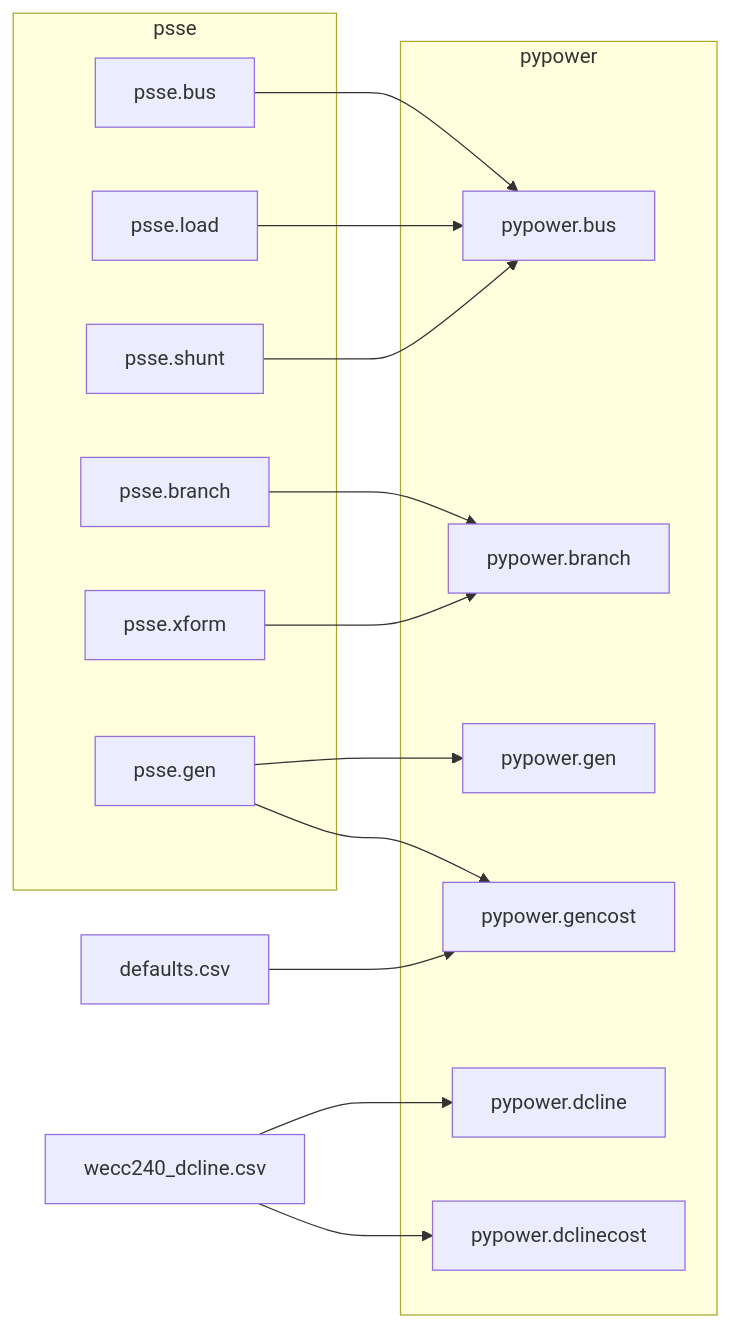
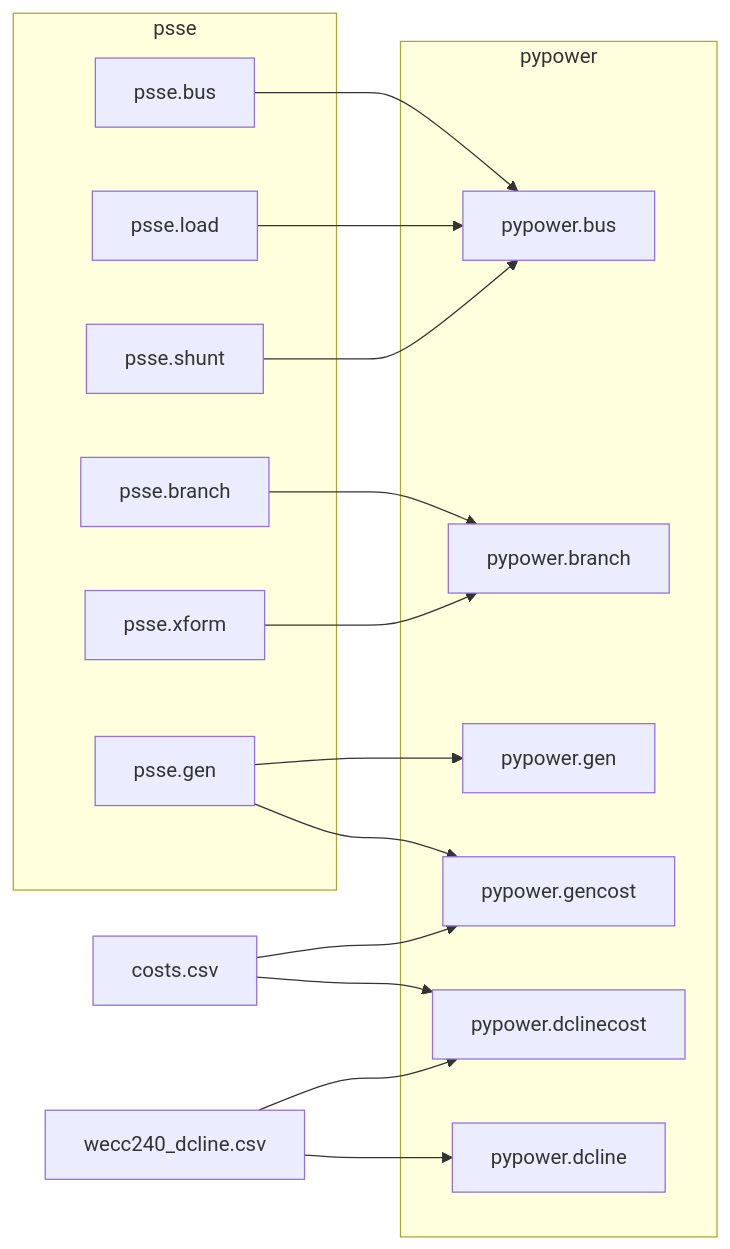
Before and after one commit to slacgismo/regrow: the second of 2 diagrams in pypower/README.md, drawn with Mermaid.

````diff
--- a/pypower/README.md
+++ b/pypower/README.md
@@ -78,34 +78,35 @@
 ```mermaid
 flowchart LR
 
     psse.bus --> pypower.bus
     psse.load --> pypower.bus
     psse.shunt --> pypower.bus
     
     psse.branch --> pypower.branch
     psse.xform --> pypower.branch
 
     psse.gen --> pypower.gen
     psse.gen --> pypower.gencost
 
     subgraph psse
         psse.branch
         psse.xform
         psse.bus
         psse.load
         psse.shunt
         psse.gen
     end
 
     subgraph pypower
         pypower.branch
         pypower.bus
         pypower.gen
         pypower.gencost
         pypower.dcline
         pypower.dclinecost
     end
-    defaults.csv --> pypower.gencost
+    costs.csv --> pypower.gencost
+    costs.csv --> pypower.dclinecost
+    wecc240_dcline.csv --> pypower.dclinecost
     wecc240_dcline.csv --> pypower.dcline
-    wecc240_dcline.csv --> pypower.dclinecost
 ```
````
